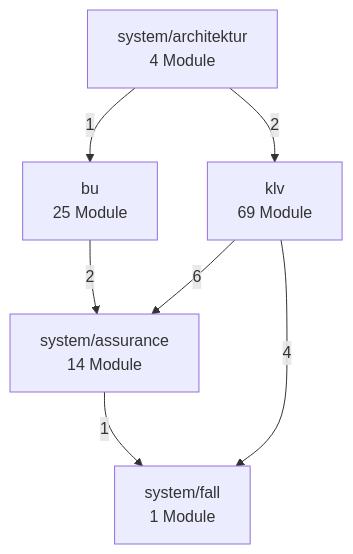
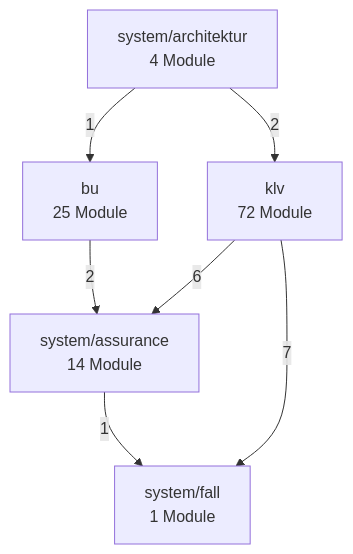
Before and after one commit to bartlmac/rechner-pipeline: the second of 3 diagrams in docs/architektur/landkarte.md, drawn with Mermaid. The commit also changed other lines of this file and 2 other files, not shown here.

````diff
--- a/docs/architektur/landkarte.md
+++ b/docs/architektur/landkarte.md
@@ -72,15 +72,15 @@
 ```mermaid
 %% Fachknoten — erzeugt von ontologie.landkarte
 flowchart TD
     bu["bu<br/>25 Module"]
-    klv["klv<br/>69 Module"]
+    klv["klv<br/>72 Module"]
     system_architektur["system/architektur<br/>4 Module"]
     system_assurance["system/assurance<br/>14 Module"]
     system_fall["system/fall<br/>1 Module"]
     bu -- 2 --> system_assurance
     klv -- 6 --> system_assurance
-    klv -- 4 --> system_fall
+    klv -- 7 --> system_fall
     system_architektur -- 1 --> bu
     system_architektur -- 2 --> klv
     system_assurance -- 1 --> system_fall
 ```
````
